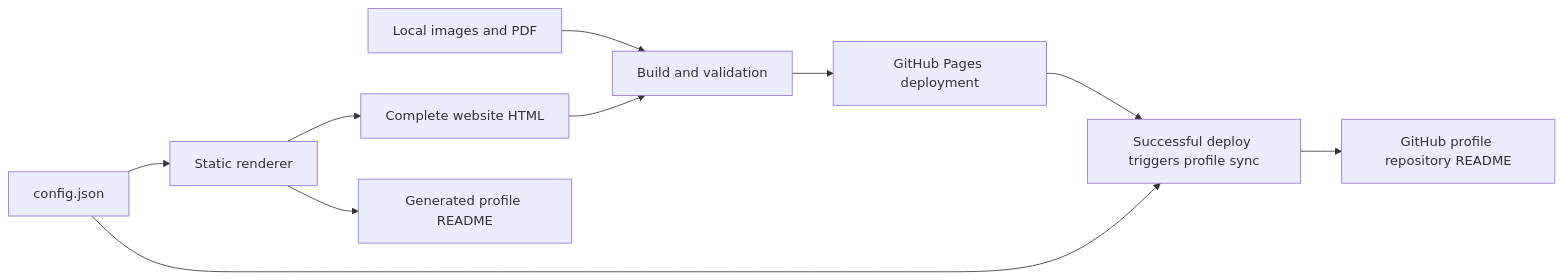
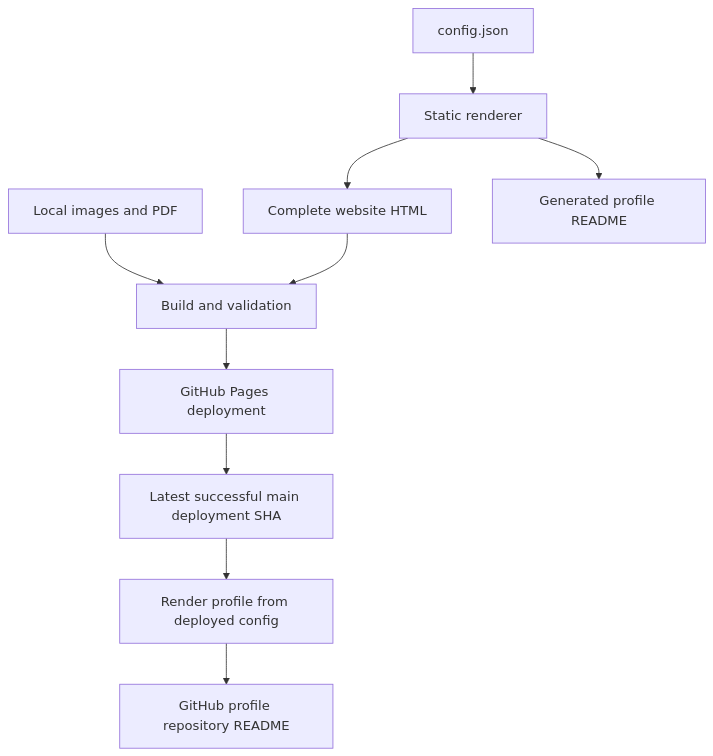
The diagram in README.md (yashrajnayak/yashrajnayak.github.io), drawn with Mermaid before and after one commit. The commit also changed other lines of this file and 19 other files, not shown here.

Commit message:
Improve portfolio accessibility, responsive media and deployed profile sync (#20)

````diff
--- a/README.md
+++ b/README.md
@@ -46,12 +46,12 @@
 ```mermaid
-flowchart LR
+flowchart TD
   Config[config.json] --> Render[Static renderer]
   Media[Local images and PDF] --> Build[Build and validation]
   Render --> HTML[Complete website HTML]
   Render --> Profile[Generated profile README]
   HTML --> Build
   Build --> Pages[GitHub Pages deployment]
-  Pages --> Sync[Successful deploy triggers profile sync]
-  Config --> Sync
+  Pages --> Revision[Latest successful main deployment SHA]
+  Revision --> Sync[Render profile from deployed config]
   Sync --> ProfileRepo[GitHub profile repository README]
 ```
````
